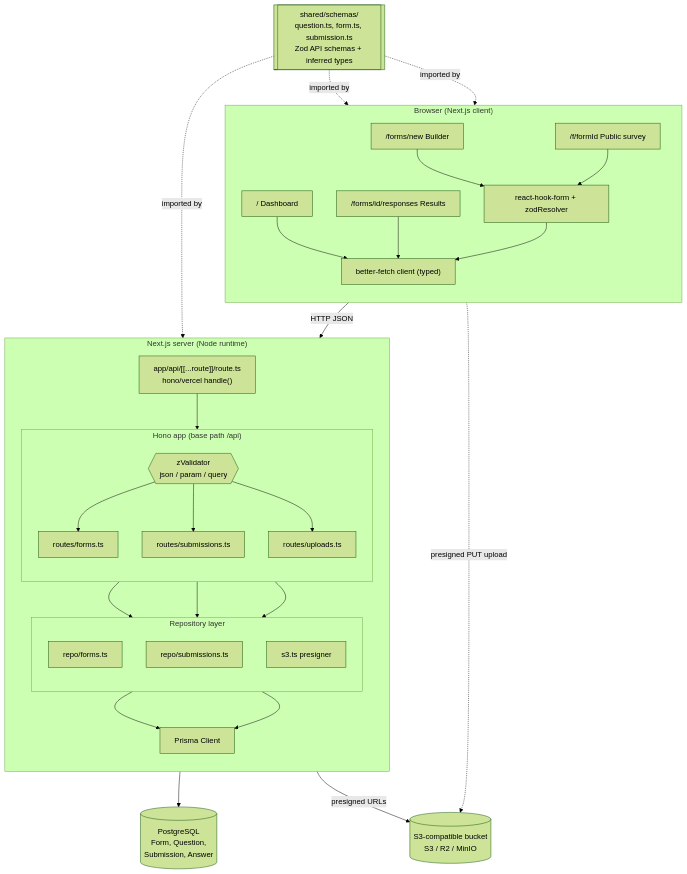
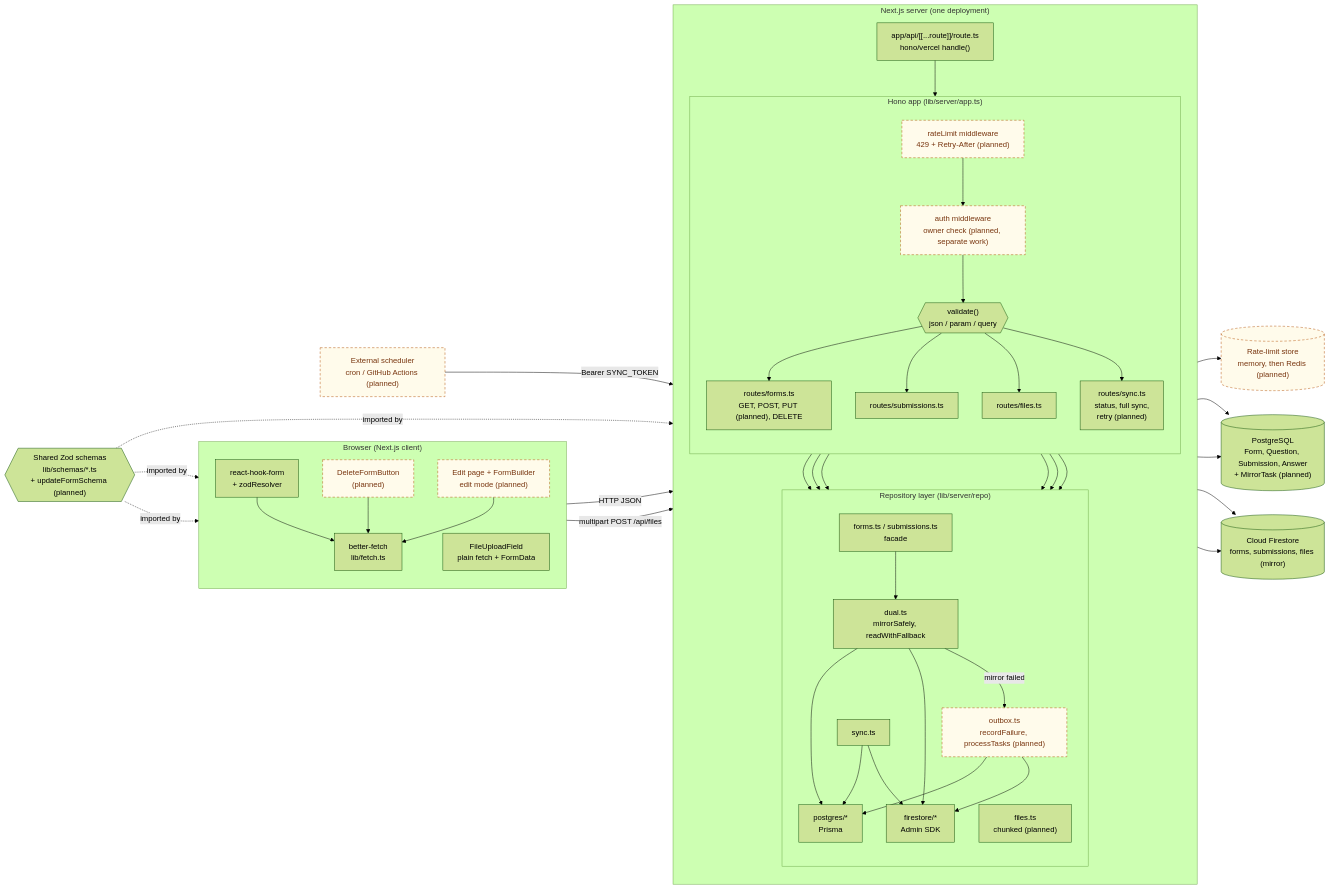
Before and after one commit to kasinadhsarma/survey-forms: the diagram in docs/architecture.mmd, drawn with Mermaid (forest theme). The commit also changed 9 other files, not shown here.

Commit message:
feat: update architecture and schema diagrams; add development workflow and roadmap; implement error handling and Firestore initialization

```diff
--- a/docs/architecture.mmd
+++ b/docs/architecture.mmd
@@ -1,57 +1,81 @@
-flowchart TB
+flowchart LR
     subgraph Browser["Browser (Next.js client)"]
         direction TB
-        P1["/ Dashboard"]
-        P2["/forms/new Builder"]
-        P3["/f/formId Public survey"]
-        P4["/forms/id/responses Results"]
-        RHF["react-hook-form + zodResolver"]
-        BF["better-fetch client (typed)"]
-        P1 --> BF
-        P2 --> RHF
-        P3 --> RHF
-        P4 --> BF
+        RHF["react-hook-form<br/>+ zodResolver"]
+        BF["better-fetch<br/>lib/fetch.ts"]
+        UP["FileUploadField<br/>plain fetch + FormData"]
+        DEL["DeleteFormButton<br/>(planned)"]
+        EDT["Edit page + FormBuilder<br/>edit mode (planned)"]
         RHF --> BF
+        DEL --> BF
+        EDT --> BF
     end
 
-    SH[["shared/schemas/<br/>question.ts, form.ts, submission.ts<br/>Zod API schemas + inferred types"]]
+    SH{{"Shared Zod schemas<br/>lib/schemas/*.ts<br/>+ updateFormSchema (planned)"}}
 
-    subgraph Next["Next.js server (Node runtime)"]
+    subgraph Next["Next.js server (one deployment)"]
         direction TB
         RH["app/api/[[...route]]/route.ts<br/>hono/vercel handle()"]
-        subgraph Hono["Hono app (base path /api)"]
+        subgraph Hono["Hono app (lib/server/app.ts)"]
             direction TB
-            R1["routes/forms.ts"]
+            RL["rateLimit middleware<br/>429 + Retry-After (planned)"]
+            AUTH["auth middleware<br/>owner check (planned, separate work)"]
+            ZV{{"validate()<br/>json / param / query"}}
+            R1["routes/forms.ts<br/>GET, POST, PUT (planned), DELETE"]
             R2["routes/submissions.ts"]
-            R3["routes/uploads.ts"]
-            ZV{{"zValidator<br/>json / param / query"}}
+            R3["routes/files.ts"]
+            R4["routes/sync.ts<br/>status, full sync,<br/>retry (planned)"]
         end
-        subgraph Repo["Repository layer"]
+        subgraph Repo["Repository layer (lib/server/repo)"]
             direction TB
-            RP1["repo/forms.ts"]
-            RP2["repo/submissions.ts"]
-            S3C["s3.ts presigner"]
+            FAC["forms.ts / submissions.ts<br/>facade"]
+            DUAL["dual.ts<br/>mirrorSafely, readWithFallback"]
+            PGR["postgres/*<br/>Prisma"]
+            FSR["firestore/*<br/>Admin SDK"]
+            FIL["files.ts<br/>chunked (planned)"]
+            OUT["outbox.ts<br/>recordFailure, processTasks (planned)"]
+            SYN["sync.ts"]
         end
-        PR["Prisma Client"]
-        RH --> ZV
+        RH --> RL
+        RL --> AUTH
+        AUTH --> ZV
         ZV --> R1
         ZV --> R2
         ZV --> R3
-        R1 --> RP1
-        R2 --> RP2
-        R3 --> S3C
-        RP1 --> PR
-        RP2 --> PR
+        ZV --> R4
+        R1 --> FAC
+        R2 --> FAC
+        R2 --> FIL
+        R3 --> FIL
+        R4 --> SYN
+        R4 --> OUT
+        FAC --> DUAL
+        DUAL --> PGR
+        DUAL --> FSR
+        DUAL -- "mirror failed" --> OUT
+        OUT --> PGR
+        OUT --> FSR
+        SYN --> PGR
+        SYN --> FSR
     end
 
-    DB[("PostgreSQL<br/>Form, Question,<br/>Submission, Answer")]
-    S3[("S3-compatible bucket<br/>S3 / R2 / MinIO")]
+    LS[("Rate-limit store<br/>memory, then Redis (planned)")]
+    PG[("PostgreSQL<br/>Form, Question, Submission, Answer<br/>+ MirrorTask (planned)")]
+    FS[("Cloud Firestore<br/>forms, submissions, files (mirror)")]
+    SCH["External scheduler<br/>cron / GitHub Actions (planned)"]
 
     BF -- "HTTP JSON" --> RH
-    BF -. "presigned PUT upload" .-> S3
-    PR --> DB
-    S3C -- "presigned URLs" --> S3
+    UP -- "multipart POST /api/files" --> RH
+    SCH -- "Bearer SYNC_TOKEN" --> RH
+    RL --> LS
+    PGR --> PG
+    OUT --> PG
+    FSR --> FS
+    FIL --> FS
 
     SH -. "imported by" .-> RHF
     SH -. "imported by" .-> BF
     SH -. "imported by" .-> ZV
+
+    classDef planned stroke-dasharray: 5 4,stroke:#b45309,fill:#fffbeb,color:#78350f;
+    class DEL,EDT,RL,AUTH,OUT,LS,SCH planned;
```
